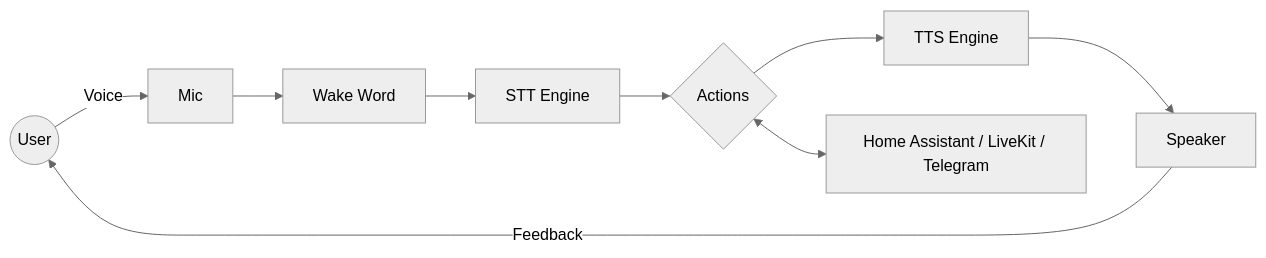
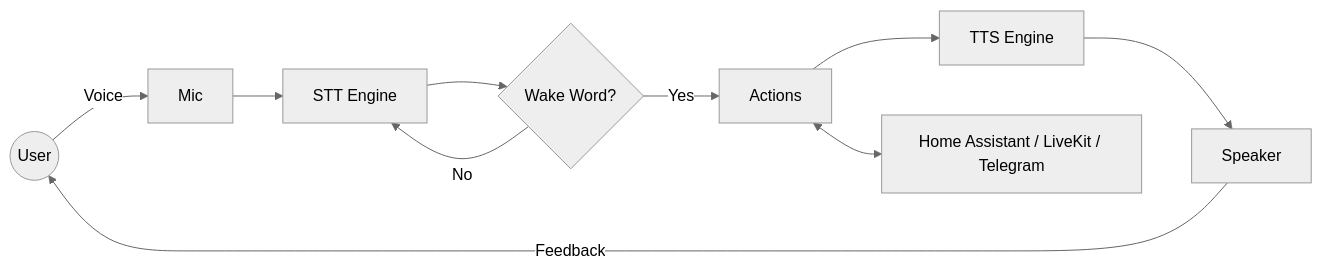
Before and after one commit to scipioni/alexa-custom: the diagram in README.md, drawn with Mermaid (neutral theme).

Commit message:
docs: correct wake word position in architecture diagram

````diff
--- a/README.md
+++ b/README.md
@@ -66,13 +66,14 @@
 ```mermaid
 graph LR
     User((User)) -- "Voice" --> Mic[Mic]
-    Mic --> Wake[Wake Word]
-    Wake --> STT[STT Engine]
-    STT --> Actions{Actions}
+    Mic --> STT[STT Engine]
+    STT --> Wake{Wake Word?}
+    Wake -- "Yes" --> Actions[Actions]
+    Wake -- "No" --> STT
     
     Actions --> TTS[TTS Engine]
     TTS --> Spk[Speaker]
     Spk -- "Feedback" --> User
 
     Actions <--> Ext[Home Assistant / LiveKit / Telegram]
 ```
````
